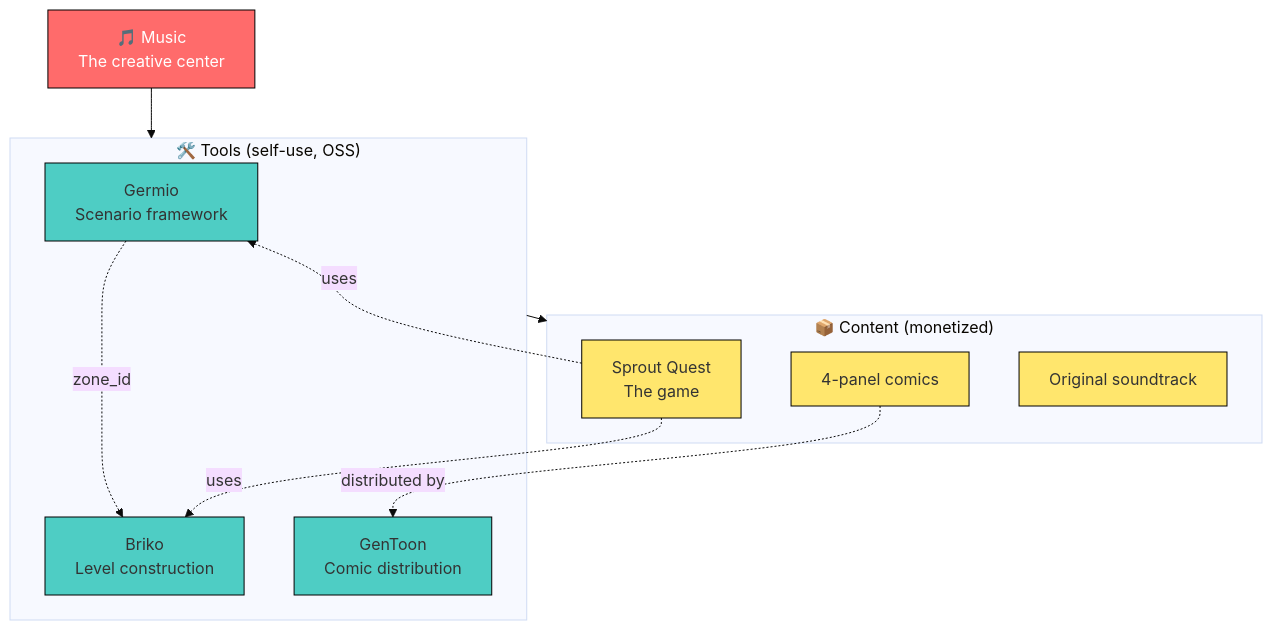
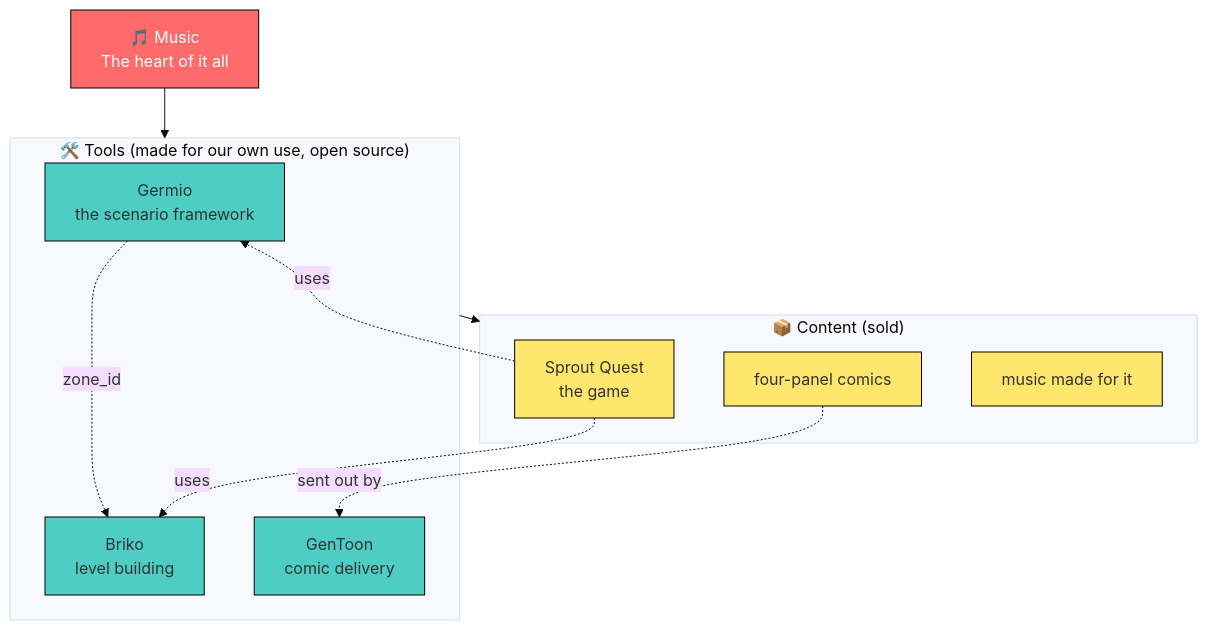
The second of 11 diagrams in README.md (hiroxpepe/briko), drawn with Mermaid (base theme) before and after one commit. The commit also changed other lines of this file and 1 other file, not shown here.

````diff
--- a/README.md
+++ b/README.md
@@ -57,32 +77,32 @@
 ```mermaid
 graph TB
-    Music[🎵 Music<br/>The creative center]
+    Music[🎵 Music<br/>The heart of it all]
 
-    subgraph Tools["🛠️ Tools (self-use, OSS)"]
-        Germio[Germio<br/>Scenario framework]
-        Briko[Briko<br/>Level construction]
-        GenToon[GenToon<br/>Comic distribution]
+    subgraph Tools["🛠️ Tools (made for our own use, open source)"]
+        Germio[Germio<br/>the scenario framework]
+        Briko[Briko<br/>level building]
+        GenToon[GenToon<br/>comic delivery]
     end
 
-    subgraph Content["📦 Content (monetized)"]
-        SQ[Sprout Quest<br/>The game]
-        Comics[4-panel comics]
-        BGM[Original soundtrack]
+    subgraph Content["📦 Content (sold)"]
+        SQ[Sprout Quest<br/>the game]
+        Comics[four-panel comics]
+        BGM[music made for it]
     end
 
     Music --> Tools
     Tools --> Content
     Germio -.zone_id.-> Briko
 
     SQ -.uses.-> Germio
     SQ -.uses.-> Briko
-    Comics -.distributed by.-> GenToon
+    Comics -.sent out by.-> GenToon
 
     classDef center fill:#ff6b6b,stroke:#000,color:#fff
     classDef tool fill:#4ecdc4,stroke:#000
     classDef content fill:#ffe66d,stroke:#000
 
     class Music center
     class Germio,Briko,GenToon tool
     class SQ,Comics,BGM content
 ```
````
